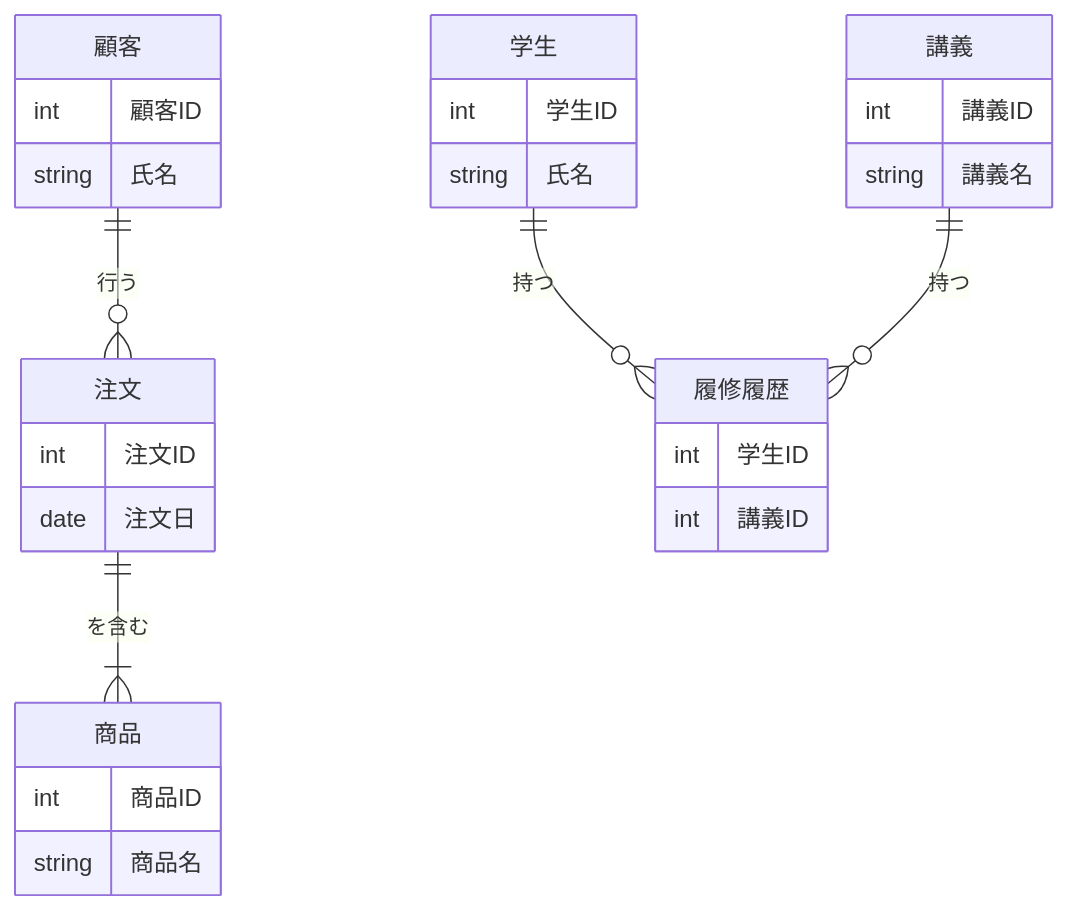
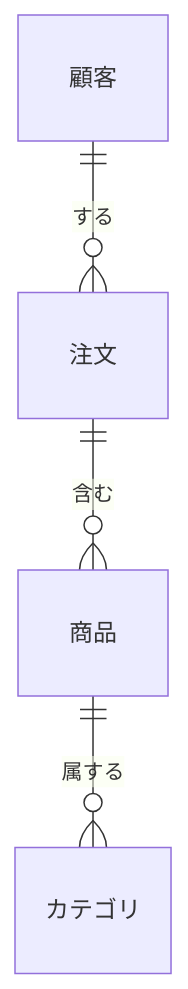
Before and after one commit to YU-Kawasaki-05/develop-materials: the first of 8 diagrams in learning/01_Development_Basic/013_Database_Basic/0134_Data_Modeling.md, drawn with Mermaid. The commit also changed other lines of this file, not shown here.

````diff
--- a/learning/01_Development_Basic/013_Database_Basic/0134_Data_Modeling.md
+++ b/learning/01_Development_Basic/013_Database_Basic/0134_Data_Modeling.md
@@ -43,32 +137,6 @@
 ```mermaid
 erDiagram
-    顧客 ||--o{ 注文 : "行う"
-    注文 ||--|{ 商品 : "を含む"
-    学生 ||--o{ 履修履歴 : "持つ"
-    講義 ||--o{ 履修履歴 : "持つ"
-
-    顧客 {
-        int 顧客ID
-        string 氏名
-    }
-    注文 {
-        int 注文ID
-        date 注文日
-    }
-    商品 {
-        int 商品ID
-        string 商品名
-    }
-    学生 {
-        int 学生ID
-        string 氏名
-    }
-    講義 {
-        int 講義ID
-        string 講義名
-    }
-    履修履歴 {
-        int 学生ID
-        int 講義ID
-    }
+    顧客 ||--o{ 注文 : "する"
+    注文 ||--o{ 商品 : "含む"
+    商品 ||--o{ カテゴリ : "属する"
 ```
````
